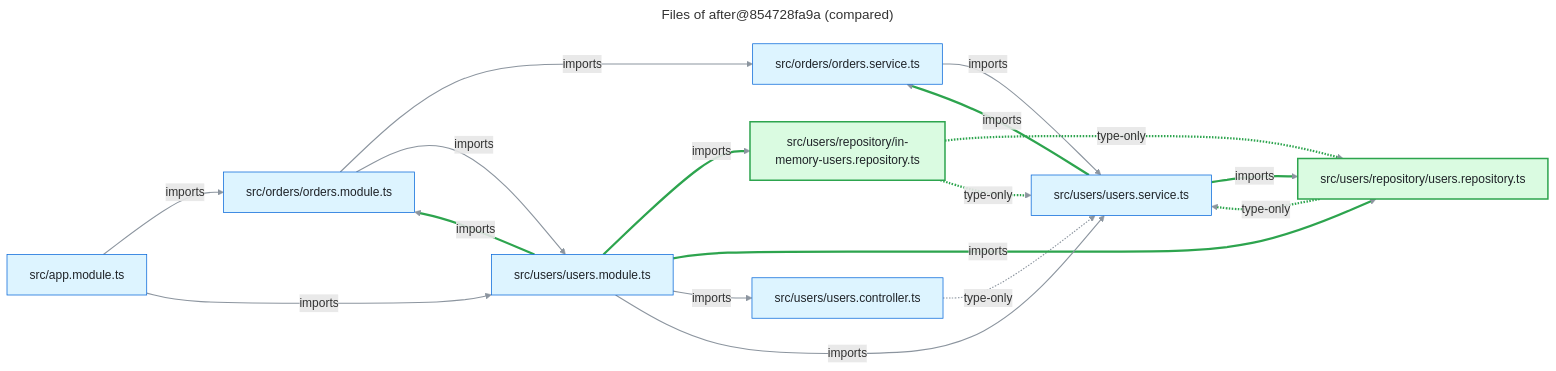
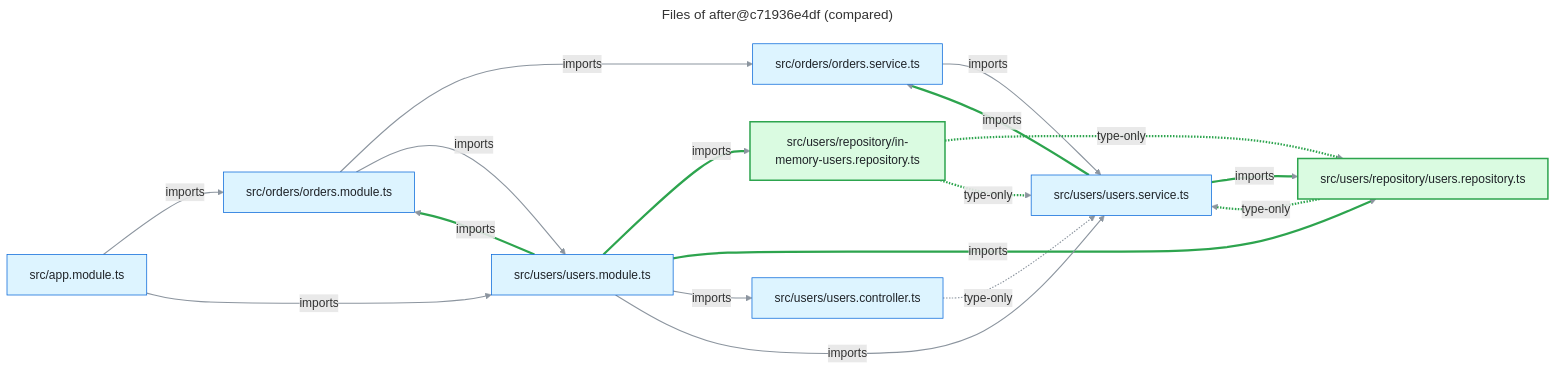
One commit to FullFran/archsieve changed the diagram in examples/nest-shop/files-compare.mmd. Above: the diagram before and after it, drawn with Mermaid. The commit also changed 26 other files, not shown here.

```diff
--- a/examples/nest-shop/files-compare.mmd
+++ b/examples/nest-shop/files-compare.mmd
@@ -1,47 +1,47 @@
 ---
-title: "Files of after@854728fa9a (compared)"
+title: "Files of after@c71936e4df (compared)"
 ---
 flowchart LR
   n0["src/app.module.ts"]:::code
   n1["src/orders/orders.module.ts"]:::code
   n2["src/orders/orders.service.ts"]:::code
   n3["src/users/repository/in-memory-users.repository.ts"]:::added
   n4["src/users/repository/users.repository.ts"]:::added
   n5["src/users/users.controller.ts"]:::code
   n6["src/users/users.module.ts"]:::code
   n7["src/users/users.service.ts"]:::code
   n0 -->|"imports"| n1
   n0 -->|"imports"| n6
   n1 -->|"imports"| n2
   n1 -->|"imports"| n6
   n2 -->|"imports"| n7
   n3 -.->|"type-only"| n4
   n3 -.->|"type-only"| n7
   n4 -.->|"type-only"| n7
   n5 -.->|"type-only"| n7
   n6 -->|"imports"| n1
   n6 -->|"imports"| n3
   n6 -->|"imports"| n4
   n6 -->|"imports"| n5
   n6 -->|"imports"| n7
   n7 -->|"imports"| n2
   n7 -->|"imports"| n4
   linkStyle default stroke:#8c959f,stroke-width:1.5px
   linkStyle 5 stroke:#2da44e,stroke-width:3px
   linkStyle 6 stroke:#2da44e,stroke-width:3px
   linkStyle 7 stroke:#2da44e,stroke-width:3px
   linkStyle 9 stroke:#2da44e,stroke-width:3px
   linkStyle 10 stroke:#2da44e,stroke-width:3px
   linkStyle 11 stroke:#2da44e,stroke-width:3px
   linkStyle 14 stroke:#2da44e,stroke-width:3px
   linkStyle 15 stroke:#2da44e,stroke-width:3px
   classDef code fill:#ddf4ff,stroke:#0969da,color:#1f2328
   classDef external fill:#fff8c5,stroke:#9a6700,color:#1f2328
   classDef module fill:#fbefff,stroke:#8250df,color:#1f2328
   classDef added fill:#dafbe1,stroke:#2da44e,stroke-width:2px,color:#1f2328
   classDef removed fill:#ffebe9,stroke:#cf222e,stroke-dasharray:4 3,color:#1f2328
   classDef boundary fill:#f6f8fa,stroke:#57606a,stroke-dasharray:6 4,color:#1f2328
   classDef container fill:#ddf4ff,stroke:#0969da,stroke-width:2px,color:#1f2328
   classDef unverified fill:#ffffff,stroke:#0969da,stroke-width:2px,stroke-dasharray:5 3,color:#1f2328
   classDef undeclared fill:#fff1e5,stroke:#bc4c00,stroke-width:2px,color:#1f2328
   classDef focus fill:#ddf4ff,stroke:#0969da,stroke-width:4px,color:#1f2328
```
